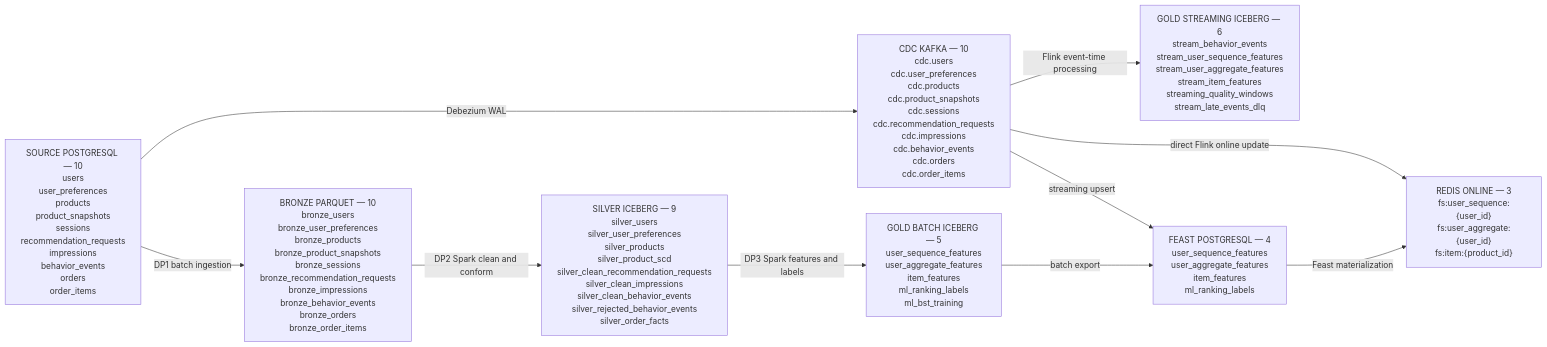
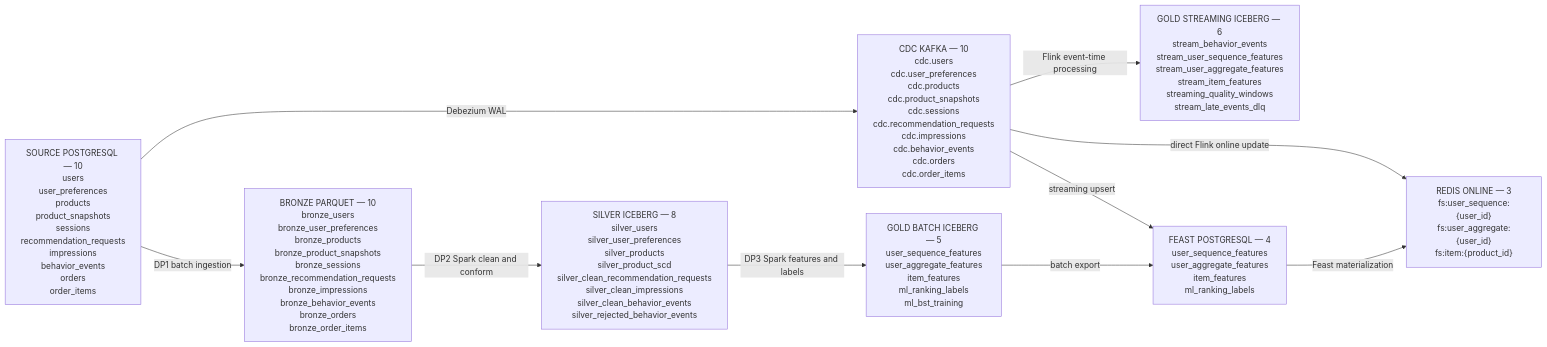
The first of 4 diagrams in docs/submission/rubic-(mini-coursework)/schema_design.md (itsmekhoathekid/RecSys-MLops), drawn with Mermaid before and after one commit. The commit also changed other lines of this file and 74 other files, not shown here.

Commit message:
docs(schema-design) : remove fact tables from silver + add dbeaver proof

````diff
--- a/docs/submission/rubic-(mini-coursework)/schema_design.md
+++ b/docs/submission/rubic-(mini-coursework)/schema_design.md
@@ -48,21 +47,21 @@
 ```mermaid
 flowchart LR
   SRC["SOURCE POSTGRESQL — 10<br/>users<br/>user_preferences<br/>products<br/>product_snapshots<br/>sessions<br/>recommendation_requests<br/>impressions<br/>behavior_events<br/>orders<br/>order_items"]
   CDC["CDC KAFKA — 10<br/>cdc.users<br/>cdc.user_preferences<br/>cdc.products<br/>cdc.product_snapshots<br/>cdc.sessions<br/>cdc.recommendation_requests<br/>cdc.impressions<br/>cdc.behavior_events<br/>cdc.orders<br/>cdc.order_items"]
   BRONZE["BRONZE PARQUET — 10<br/>bronze_users<br/>bronze_user_preferences<br/>bronze_products<br/>bronze_product_snapshots<br/>bronze_sessions<br/>bronze_recommendation_requests<br/>bronze_impressions<br/>bronze_behavior_events<br/>bronze_orders<br/>bronze_order_items"]
-  SILVER["SILVER ICEBERG — 9<br/>silver_users<br/>silver_user_preferences<br/>silver_products<br/>silver_product_scd<br/>silver_clean_recommendation_requests<br/>silver_clean_impressions<br/>silver_clean_behavior_events<br/>silver_rejected_behavior_events<br/>silver_order_facts"]
+  SILVER["SILVER ICEBERG — 8<br/>silver_users<br/>silver_user_preferences<br/>silver_products<br/>silver_product_scd<br/>silver_clean_recommendation_requests<br/>silver_clean_impressions<br/>silver_clean_behavior_events<br/>silver_rejected_behavior_events"]
   BATCH["GOLD BATCH ICEBERG — 5<br/>user_sequence_features<br/>user_aggregate_features<br/>item_features<br/>ml_ranking_labels<br/>ml_bst_training"]
   STREAM["GOLD STREAMING ICEBERG — 6<br/>stream_behavior_events<br/>stream_user_sequence_features<br/>stream_user_aggregate_features<br/>stream_item_features<br/>streaming_quality_windows<br/>stream_late_events_dlq"]
   PG["FEAST POSTGRESQL — 4<br/>user_sequence_features<br/>user_aggregate_features<br/>item_features<br/>ml_ranking_labels"]
   REDIS["REDIS ONLINE — 3<br/>fs:user_sequence:{user_id}<br/>fs:user_aggregate:{user_id}<br/>fs:item:{product_id}"]
 
   SRC -->|"Debezium WAL"| CDC
   SRC -->|"DP1 batch ingestion"| BRONZE
   BRONZE -->|"DP2 Spark clean and conform"| SILVER
   SILVER -->|"DP3 Spark features and labels"| BATCH
   CDC -->|"Flink event-time processing"| STREAM
   BATCH -->|"batch export"| PG
   CDC -->|"streaming upsert"| PG
   PG -->|"Feast materialization"| REDIS
   CDC -->|"direct Flink online update"| REDIS
 ```
````
